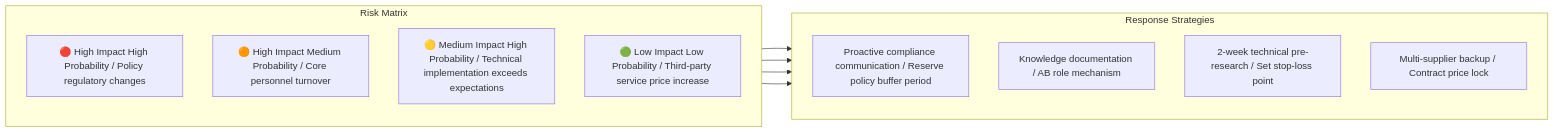
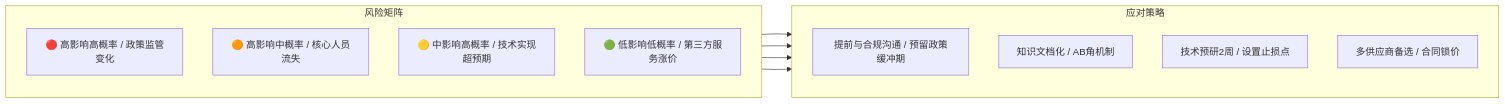
One commit to Kirky-X/cangjie changed diagram 17 of 18 in templates/Product/Strategy/Template-MRD.md. Above: the diagram before and after it, drawn with Mermaid. The commit also changed other lines of this file and 33 other files, not shown here.

````diff
--- a/templates/Product/Strategy/Template-MRD.md
+++ b/templates/Product/Strategy/Template-MRD.md
@@ -755,23 +755,23 @@
 ```mermaid
 flowchart LR
-    subgraph Risk Matrix
+    subgraph 风险矩阵
         direction TB
-        R1[🔴 High Impact High Probability / Policy regulatory changes]
-        R2[🟠 High Impact Medium Probability / Core personnel turnover]
-        R3[🟡 Medium Impact High Probability / Technical implementation exceeds expectations]
-        R4[🟢 Low Impact Low Probability / Third-party service price increase]
+        R1[🔴 高影响高概率 / 政策监管变化]
+        R2[🟠 高影响中概率 / 核心人员流失]
+        R3[🟡 中影响高概率 / 技术实现超预期]
+        R4[🟢 低影响低概率 / 第三方服务涨价]
     end
 
-    subgraph Response Strategies
+    subgraph 应对策略
         direction TB
-        S1[Proactive compliance communication / Reserve policy buffer period]
-        S2[Knowledge documentation / AB role mechanism]
-        S3[2-week technical pre-research / Set stop-loss point]
-        S4[Multi-supplier backup / Contract price lock]
+        S1[提前与合规沟通 / 预留政策缓冲期]
+        S2[知识文档化 / AB角机制]
+        S3[技术预研2周 / 设置止损点]
+        S4[多供应商备选 / 合同锁价]
     end
 
     R1 --> S1
     R2 --> S2
     R3 --> S3
     R4 --> S4
 ```
````
